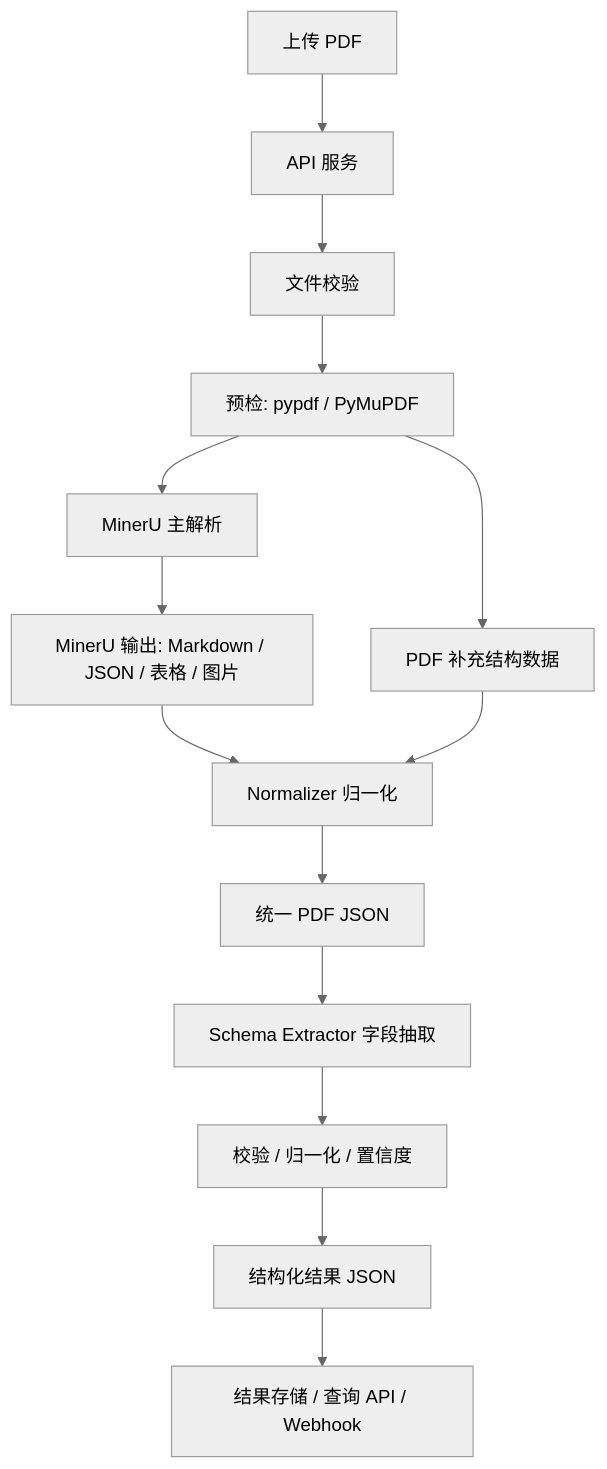
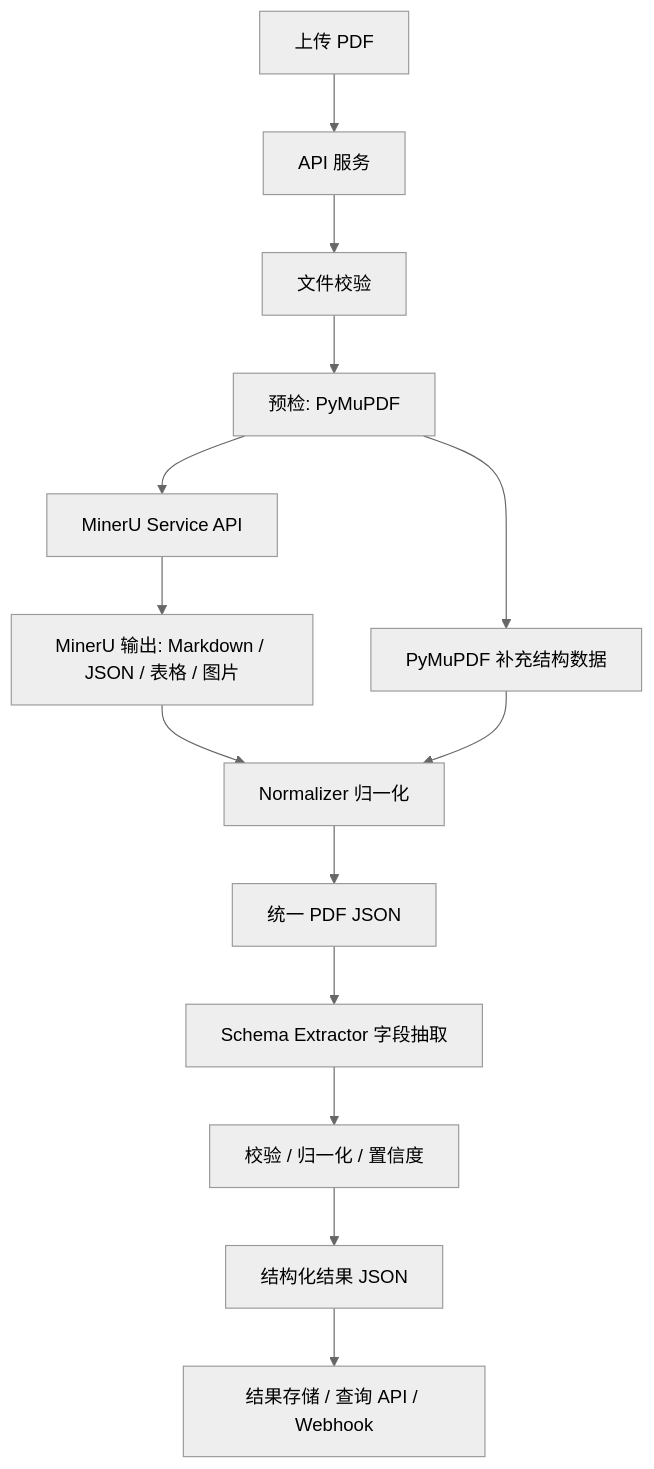
Before and after one commit to luxiaoyan/docparser: the first of 2 diagrams in docs/superpowers/specs/2026-06-25-pdf-parser-service-design-zh.md, drawn with Mermaid (neutral theme). The commit also changed other lines of this file and 16 other files, not shown here.

Commit message:
Add MinerU service parser support

````diff
--- a/docs/superpowers/specs/2026-06-25-pdf-parser-service-design-zh.md
+++ b/docs/superpowers/specs/2026-06-25-pdf-parser-service-design-zh.md
@@ -33,16 +33,16 @@
 ```mermaid
 flowchart TD
   A["上传 PDF"] --> B["API 服务"]
   B --> C["文件校验"]
-  C --> D["预检: pypdf / PyMuPDF"]
-  D --> E["MinerU 主解析"]
+  C --> D["预检: PyMuPDF"]
+  D --> E["MinerU Service API"]
   E --> F["MinerU 输出: Markdown / JSON / 表格 / 图片"]
-  D --> G["PDF 补充结构数据"]
+  D --> G["PyMuPDF 补充结构数据"]
   F --> H["Normalizer 归一化"]
   G --> H
   H --> I["统一 PDF JSON"]
   I --> J["Schema Extractor 字段抽取"]
   J --> K["校验 / 归一化 / 置信度"]
   K --> L["结构化结果 JSON"]
   L --> M["结果存储 / 查询 API / Webhook"]
 ```
````
